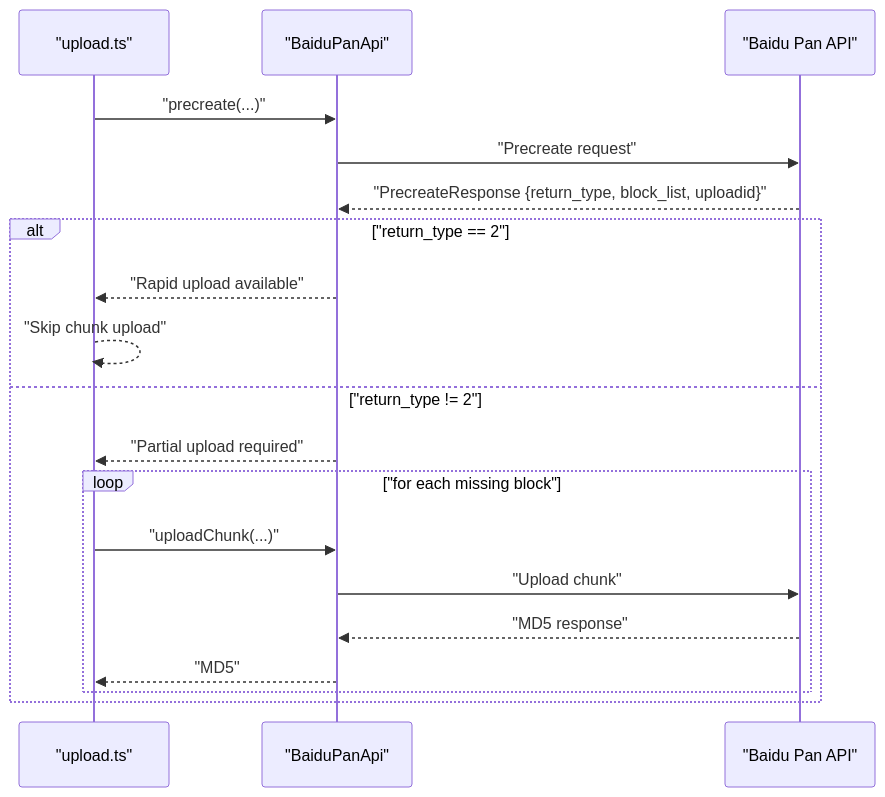
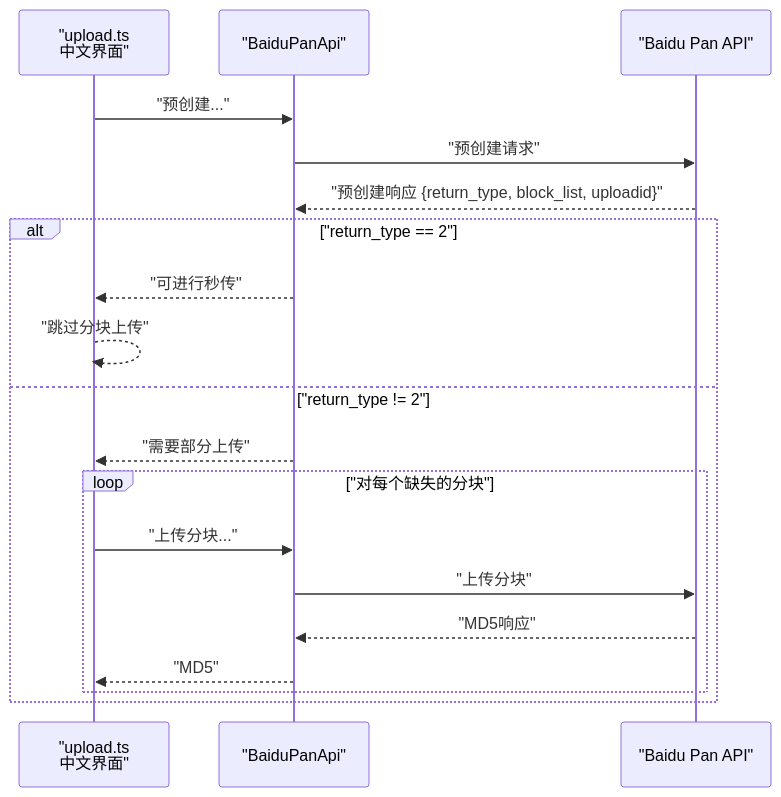
The fourth of 5 diagrams in .qoder/repowiki/en/content/Command Reference/Upload Command.md (yuexiaoliang/baiduwangpan-manager), drawn with Mermaid before and after one commit. The commit also changed other lines of this file and 30 other files, not shown here.

````diff
--- a/.qoder/repowiki/en/content/Command Reference/Upload Command.md
+++ b/.qoder/repowiki/en/content/Command Reference/Upload Command.md
@@ -203,21 +240,21 @@
 ```mermaid
 sequenceDiagram
-participant CLI as "upload.ts"
+participant CLI as "upload.ts<br/>中文界面"
 participant API as "BaiduPanApi"
 participant BP as "Baidu Pan API"
-CLI->>API : "precreate(...)"
-API->>BP : "Precreate request"
-BP-->>API : "PrecreateResponse {return_type, block_list, uploadid}"
+CLI->>API : "预创建..."
+API->>BP : "预创建请求"
+BP-->>API : "预创建响应 {return_type, block_list, uploadid}"
 alt "return_type == 2"
-API-->>CLI : "Rapid upload available"
-CLI-->>CLI : "Skip chunk upload"
+API-->>CLI : "可进行秒传"
+CLI-->>CLI : "跳过分块上传"
 else "return_type != 2"
-API-->>CLI : "Partial upload required"
-loop "for each missing block"
-CLI->>API : "uploadChunk(...)"
-API->>BP : "Upload chunk"
-BP-->>API : "MD5 response"
+API-->>CLI : "需要部分上传"
+loop "对每个缺失的分块"
+CLI->>API : "上传分块..."
+API->>BP : "上传分块"
+BP-->>API : "MD5响应"
 API-->>CLI : "MD5"
 end
 end
 ```
````
